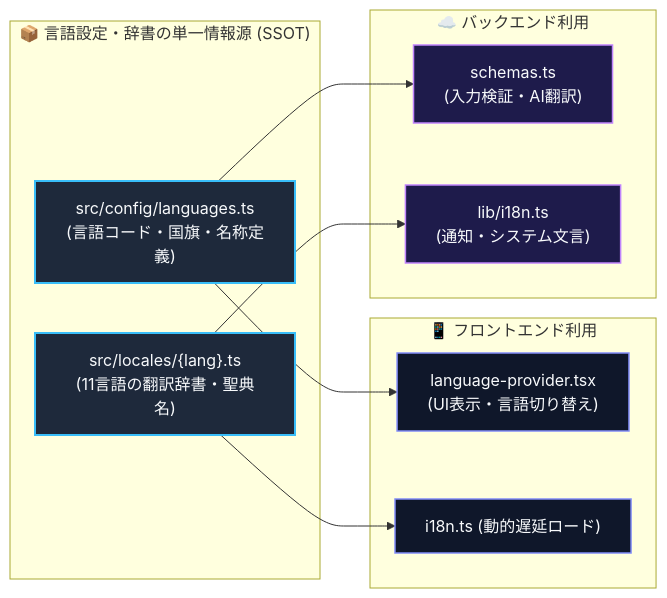
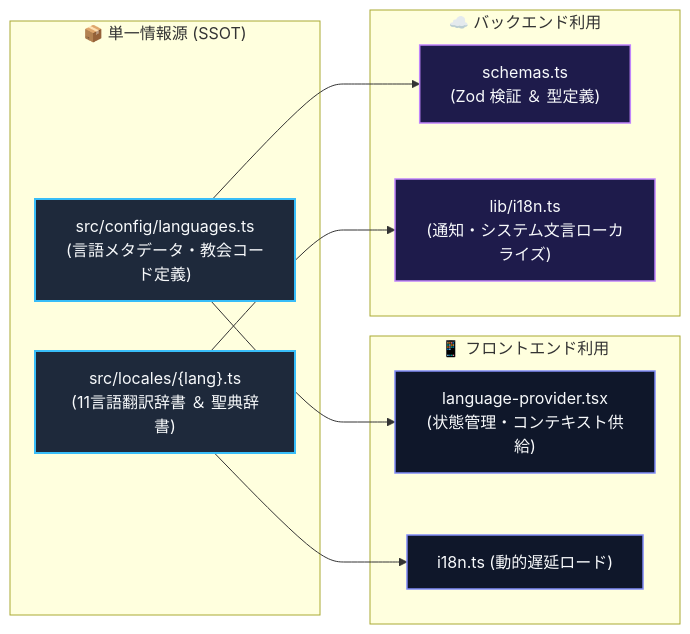
Before and after one commit to ScriptureHabit/scripture-habit: the diagram in docs/ja/logic-i18n.md, drawn with Mermaid. The commit also changed other lines of this file and 57 other files, not shown here.

Commit message:
docs: refine documentation prose and add structured diagram breakdowns across JA and EN

````diff
--- a/docs/ja/logic-i18n.md
+++ b/docs/ja/logic-i18n.md
@@ -11,26 +11,26 @@
 ```mermaid
 flowchart LR
     classDef ssot fill:#1e293b,stroke:#38bdf8,stroke-width:2px,color:#f8fafc;
     classDef fe fill:#0f172a,stroke:#818cf8,stroke-width:1.5px,color:#f8fafc;
     classDef be fill:#1e1b4b,stroke:#c084fc,stroke-width:1.5px,color:#f8fafc;
 
-    subgraph SSOT["📦 言語設定・辞書の単一情報源 (SSOT)"]
-        Config["src/config/languages.ts<br/>(言語コード・国旗・名称定義)"]:::ssot
-        Locales["src/locales/{lang}.ts<br/>(11言語の翻訳辞書・聖典名)"]:::ssot
+    subgraph SSOT["📦 単一情報源 (SSOT)"]
+        Config["src/config/languages.ts<br/>(言語メタデータ・教会コード定義)"]:::ssot
+        Locales["src/locales/{lang}.ts<br/>(11言語翻訳辞書 ＆ 聖典辞書)"]:::ssot
     end
 
     subgraph UsageFE["📱 フロントエンド利用"]
-        FrontendContext["language-provider.tsx<br/>(UI表示・言語切り替え)"]:::fe
+        FrontendContext["language-provider.tsx<br/>(状態管理・コンテキスト供給)"]:::fe
         FrontendLoader["i18n.ts (動的遅延ロード)"]:::fe
     end
 
     subgraph UsageBE["☁️ バックエンド利用"]
-        BackendSchema["schemas.ts<br/>(入力検証・AI翻訳)"]:::be
-        BackendLoader["lib/i18n.ts<br/>(通知・システム文言)"]:::be
+        BackendSchema["schemas.ts<br/>(Zod 検証 ＆ 型定義)"]:::be
+        BackendLoader["lib/i18n.ts<br/>(通知・システム文言ローカライズ)"]:::be
     end
 
     Config --> FrontendContext
     Config --> BackendSchema
     Locales --> FrontendLoader
     Locales --> BackendLoader
 ```
````
